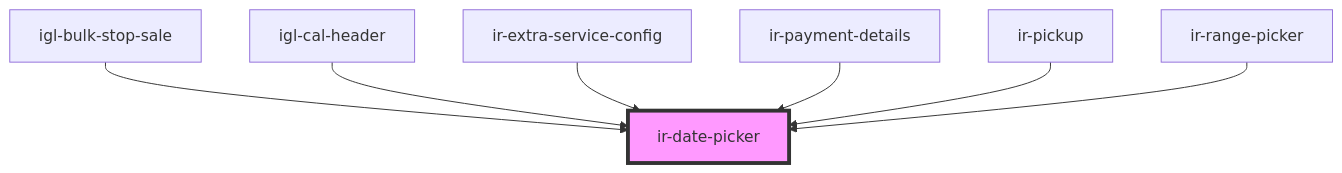
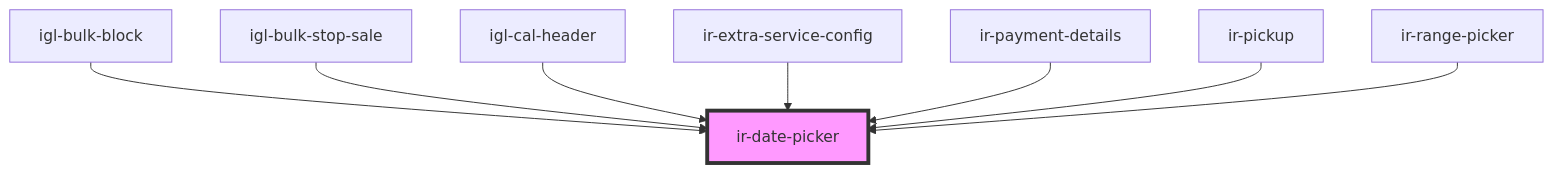
The diagram in src/components/ui/ir-date-picker/readme.md (David1Chowaifaty/modified-ir-webcmp), drawn with Mermaid before and after one commit. The commit also changed other lines of this file and 58 other files, not shown here.

````diff
--- a/src/components/ui/ir-date-picker/readme.md
+++ b/src/components/ui/ir-date-picker/readme.md
@@ -75,10 +76,11 @@
 ```mermaid
 graph TD;
+  igl-bulk-block --> ir-date-picker
   igl-bulk-stop-sale --> ir-date-picker
   igl-cal-header --> ir-date-picker
   ir-extra-service-config --> ir-date-picker
   ir-payment-details --> ir-date-picker
   ir-pickup --> ir-date-picker
   ir-range-picker --> ir-date-picker
   style ir-date-picker fill:#f9f,stroke:#333,stroke-width:4px
 ```
````
